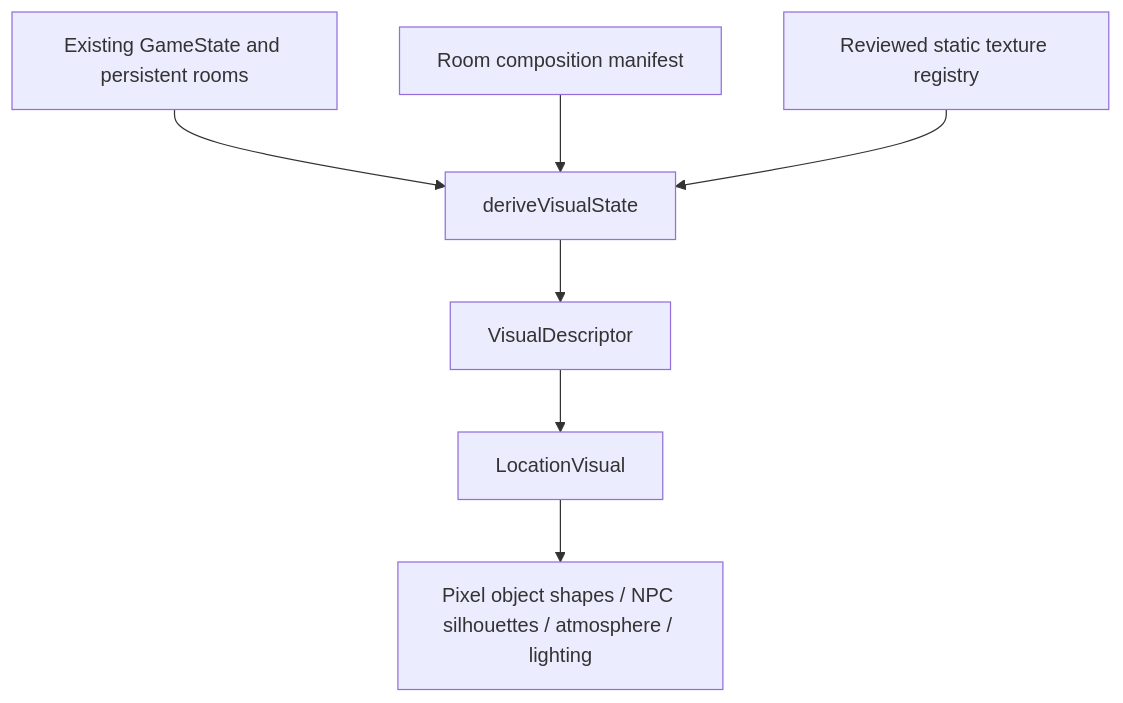
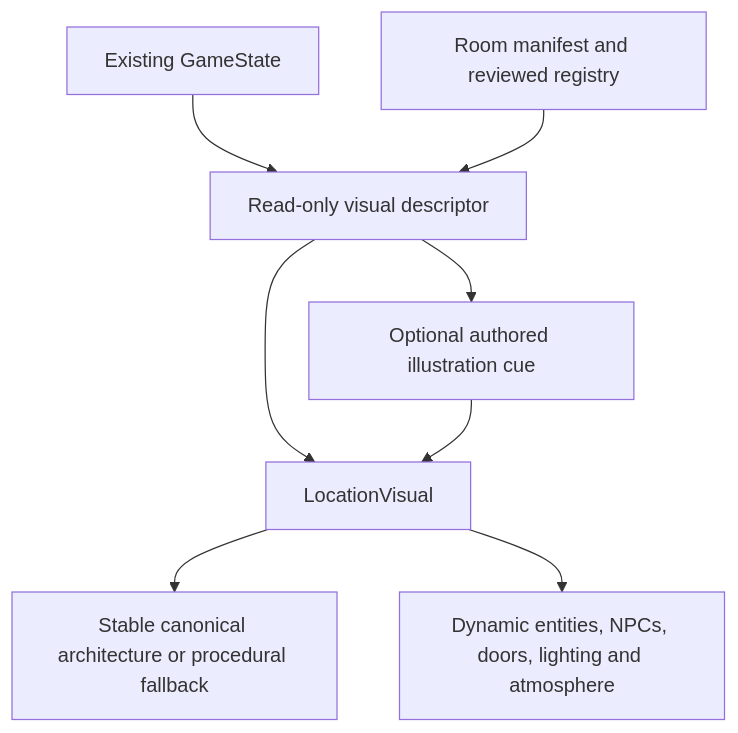
One commit to astrobyte-dev/freak-city changed the diagram in docs/VISUAL-ARCHITECTURE.md. Above: the diagram before and after it, drawn with Mermaid. The commit also changed other lines of this file and 33 other files, not shown here.

Commit message:
Add canonical room and scene illustration visual roles

````diff
--- a/docs/VISUAL-ARCHITECTURE.md
+++ b/docs/VISUAL-ARCHITECTURE.md
@@ -7,9 +7,10 @@
 ```mermaid
 flowchart TD
-  A[Existing GameState and persistent rooms] --> B[deriveVisualState]
-  B --> C[VisualDescriptor]
-  C --> D[LocationVisual]
-  M[Room composition manifest] --> B
-  R[Reviewed static texture registry] --> B
-  D --> E[Pixel object shapes / NPC silhouettes / atmosphere / lighting]
+  S[Existing GameState] --> D[Read-only visual descriptor]
+  M[Room manifest and reviewed registry] --> D
+  D --> C[LocationVisual]
+  C --> A[Stable canonical architecture or procedural fallback]
+  C --> O[Dynamic entities, NPCs, doors, lighting and atmosphere]
+  D --> I[Optional authored illustration cue]
+  I --> C
 ```
````
